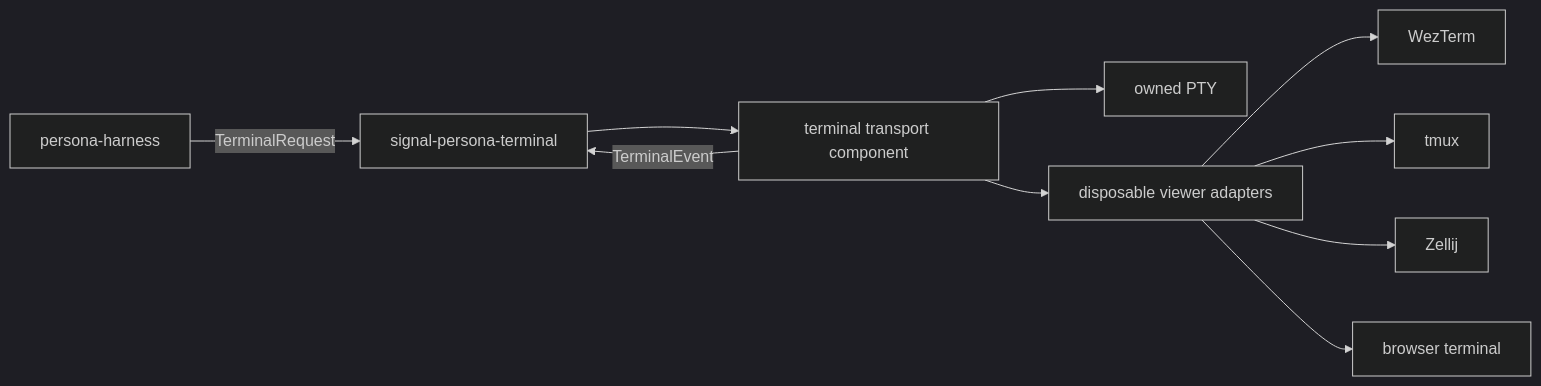
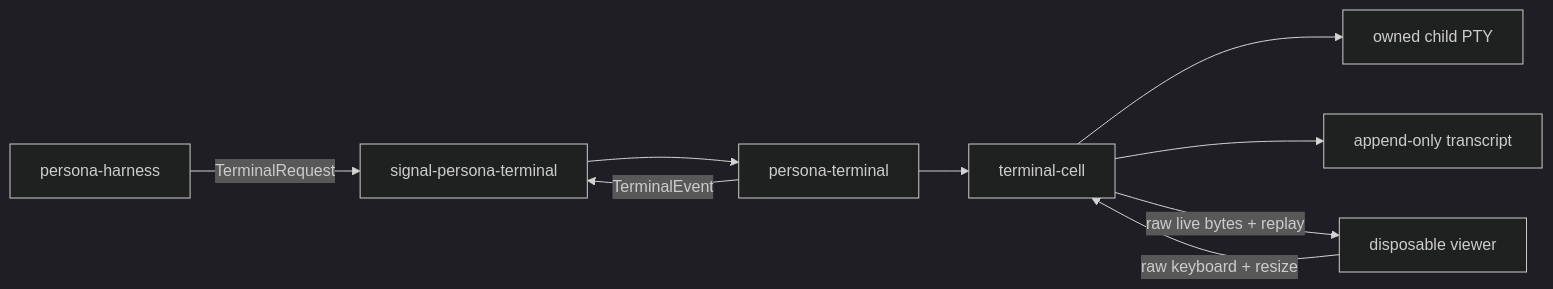
The diagram in reports/1-terminal-backend-survey.md (LiGoldragon/terminal), drawn with Mermaid (dark theme) before and after one commit. The commit also changed other lines of this file and 8 other files, not shown here.

````diff
--- a/reports/1-terminal-backend-survey.md
+++ b/reports/1-terminal-backend-survey.md
@@ -32,12 +16,11 @@
 ```mermaid
 flowchart LR
     harness["persona-harness"] -->|"TerminalRequest"| contract["signal-persona-terminal"]
-    contract --> terminal["terminal transport component"]
+    contract --> terminal["persona-terminal"]
     terminal -->|"TerminalEvent"| contract
-    terminal --> pty["owned PTY"]
-    terminal --> viewer["disposable viewer adapters"]
-    viewer --> wezterm["WezTerm"]
-    viewer --> tmux["tmux"]
-    viewer --> zellij["Zellij"]
-    viewer --> browser["browser terminal"]
+    terminal --> cell["terminal-cell"]
+    cell --> pty["owned child PTY"]
+    cell --> transcript["append-only transcript"]
+    viewer["disposable viewer"] -->|"raw keyboard + resize"| cell
+    cell -->|"raw live bytes + replay"| viewer
 ```
````
